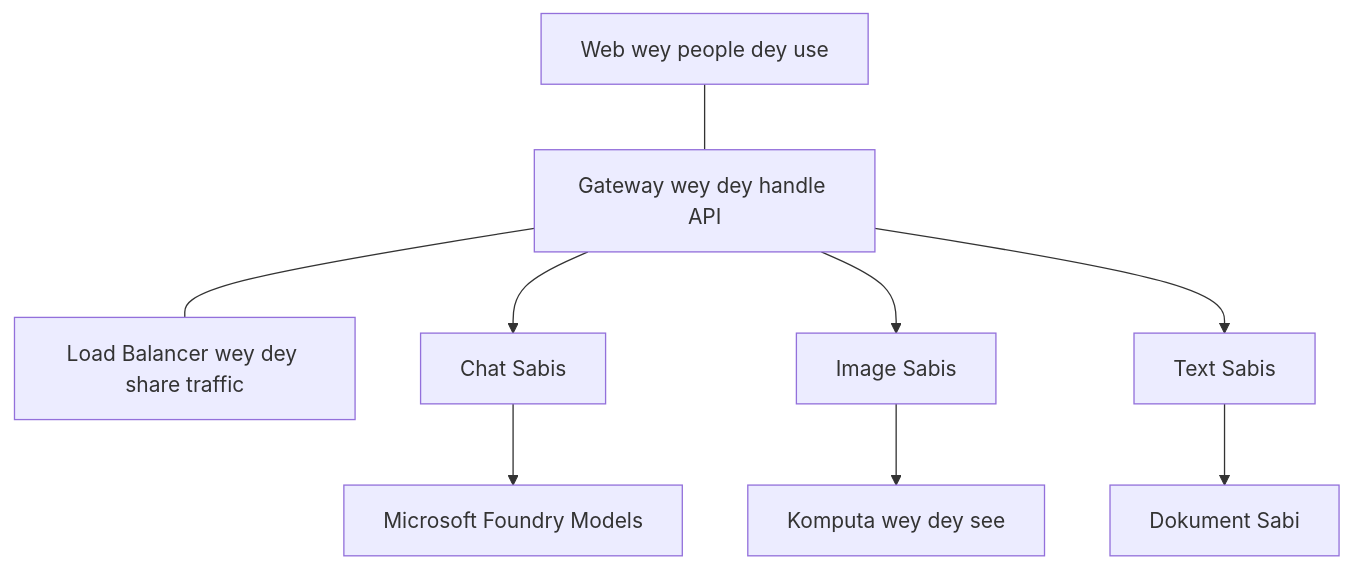
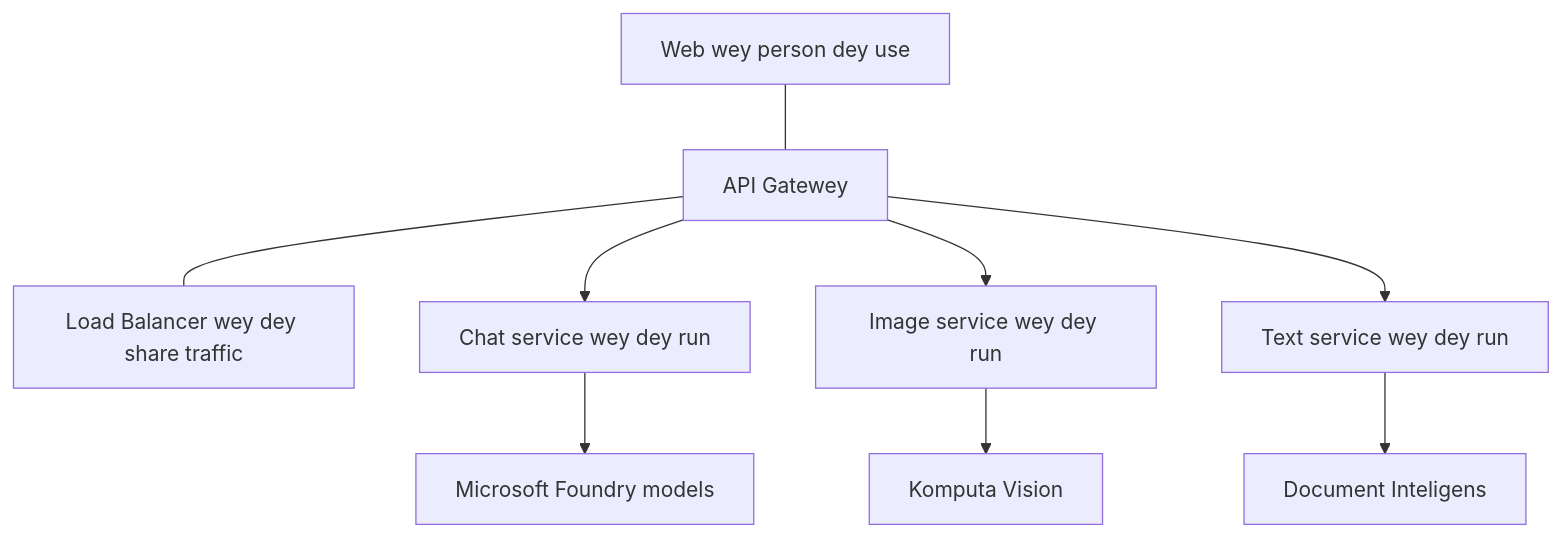
Before and after one commit to microsoft/AZD-for-beginners: the diagram in translations/pcm/docs/chapter-08-production/production-ai-practices.md, drawn with Mermaid. The commit also changed other lines of this file and 104 other files, not shown here.

````diff
--- a/translations/pcm/docs/chapter-08-production/production-ai-practices.md
+++ b/translations/pcm/docs/chapter-08-production/production-ai-practices.md
@@ -30,10 +30,10 @@
 ```mermaid
 graph TD
-    Frontend[Web wey people dey use] --- Gateway[Gateway wey dey handle API] --- LB[Load Balancer wey dey share traffic]
-    Gateway --> Chat[Chat Sabis]
-    Gateway --> Image[Image Sabis]
-    Gateway --> Text[Text Sabis]
-    Chat --> OpenAI[Microsoft Foundry Models]
-    Image --> Vision[Komputa wey dey see]
-    Text --> DocIntel[Dokument Sabi]
+    Frontend[Web wey person dey use] --- Gateway[API Gatewey] --- LB[Load Balancer wey dey share traffic]
+    Gateway --> Chat[Chat service wey dey run]
+    Gateway --> Image[Image service wey dey run]
+    Gateway --> Text[Text service wey dey run]
+    Chat --> OpenAI[Microsoft Foundry models]
+    Image --> Vision[Komputa Vision]
+    Text --> DocIntel[Document Inteligens]
 ```
````
